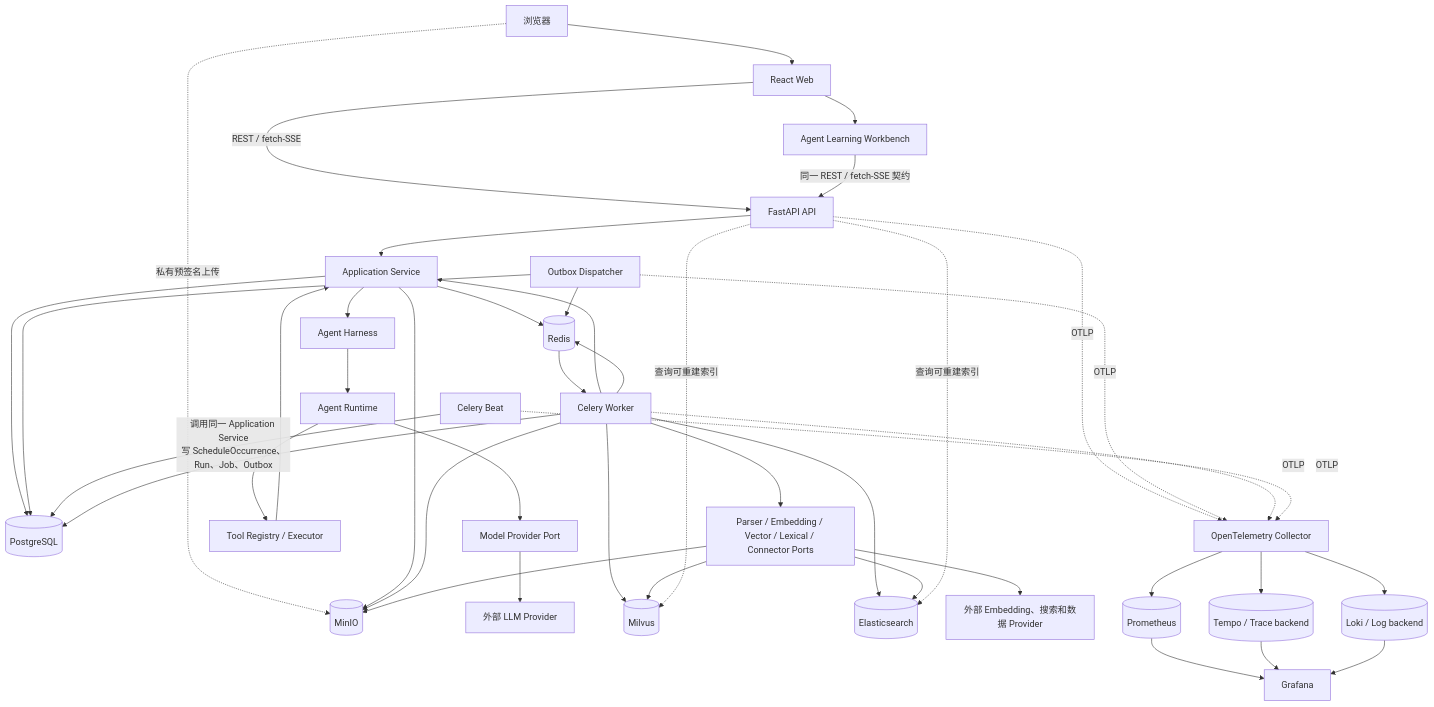
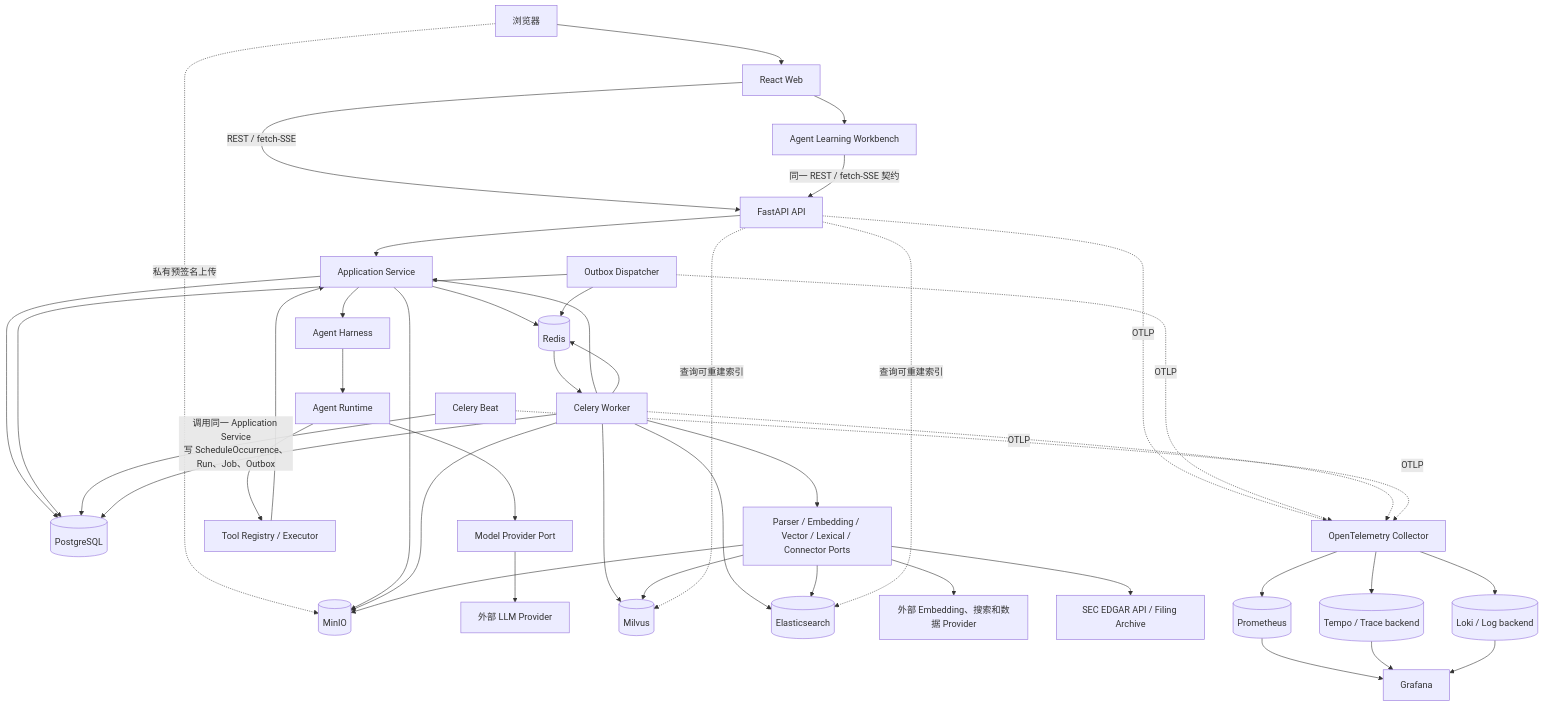
The diagram in docs/architecture.md (hrw991009/sec-filing-verification-agent), drawn with Mermaid before and after one commit. The commit also changed other lines of this file and 7 other files, not shown here.

````diff
--- a/docs/architecture.md
+++ b/docs/architecture.md
@@ -64,53 +66,54 @@
 ```mermaid
 flowchart TB
   Browser[浏览器] --> Web[React Web]
   Web -->|REST / fetch-SSE| API[FastAPI API]
   Web --> Workbench[Agent Learning Workbench]
   Workbench -->|同一 REST / fetch-SSE 契约| API
 
   Browser -. 私有预签名上传 .-> MinIO[(MinIO)]
 
   API --> App[Application Service]
   Worker[Celery Worker] --> App
   App --> PostgreSQL[(PostgreSQL)]
   App --> Redis[(Redis)]
   App --> MinIO
 
   App --> Harness[Agent Harness]
   Harness --> Runtime[Agent Runtime]
   Runtime --> ModelPort[Model Provider Port]
   Runtime --> ToolExecutor[Tool Registry / Executor]
   ToolExecutor --> App
   ModelPort --> Providers[外部 LLM Provider]
 
   Dispatcher[Outbox Dispatcher] --> PostgreSQL
   Dispatcher --> Redis
 
   Beat[Celery Beat] -->|调用同一 Application Service<br/>写 ScheduleOccurrence、Run、Job、Outbox| PostgreSQL
   Redis --> Worker
 
   Worker --> PostgreSQL
   Worker --> Redis
   Worker --> MinIO
   Worker --> Milvus[(Milvus)]
   Worker --> Elasticsearch[(Elasticsearch)]
   Worker --> AdapterPorts[Parser / Embedding / Vector / Lexical / Connector Ports]
   AdapterPorts --> ProvidersAll[外部 Embedding、搜索和数据 Provider]
+  AdapterPorts --> SEC[SEC EDGAR API / Filing Archive]
   AdapterPorts --> Milvus
   AdapterPorts --> Elasticsearch
   AdapterPorts --> MinIO
 
   API -. 查询可重建索引 .-> Milvus
   API -. 查询可重建索引 .-> Elasticsearch
 
   API -. OTLP .-> OTel[OpenTelemetry Collector]
   Dispatcher -. OTLP .-> OTel
   Worker -. OTLP .-> OTel
   Beat -. OTLP .-> OTel
   OTel --> Prometheus[(Prometheus)]
   OTel --> Traces[(Tempo / Trace backend)]
   OTel --> Logs[(Loki / Log backend)]
   Prometheus --> Grafana[Grafana]
   Traces --> Grafana
   Logs --> Grafana
 ```
````
